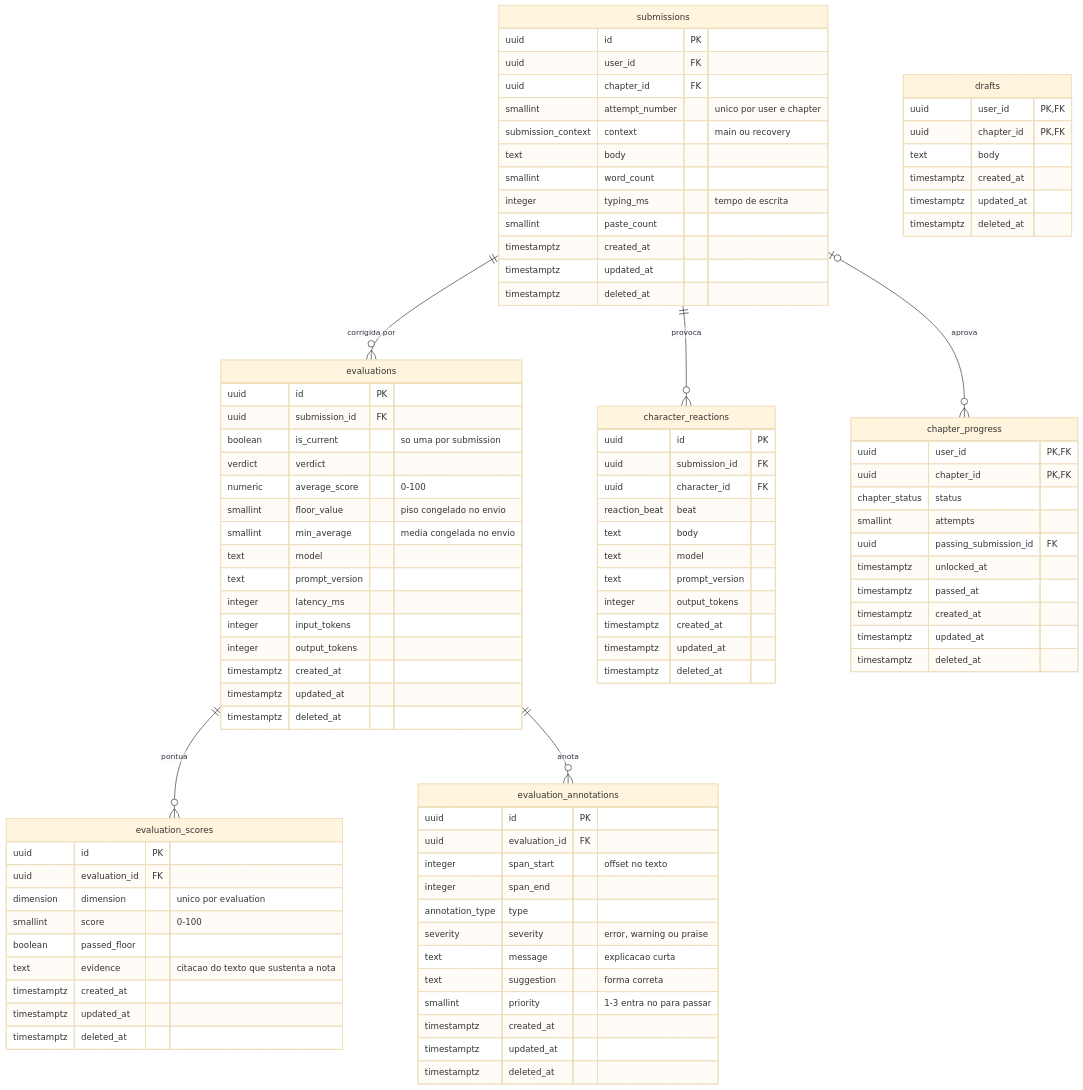
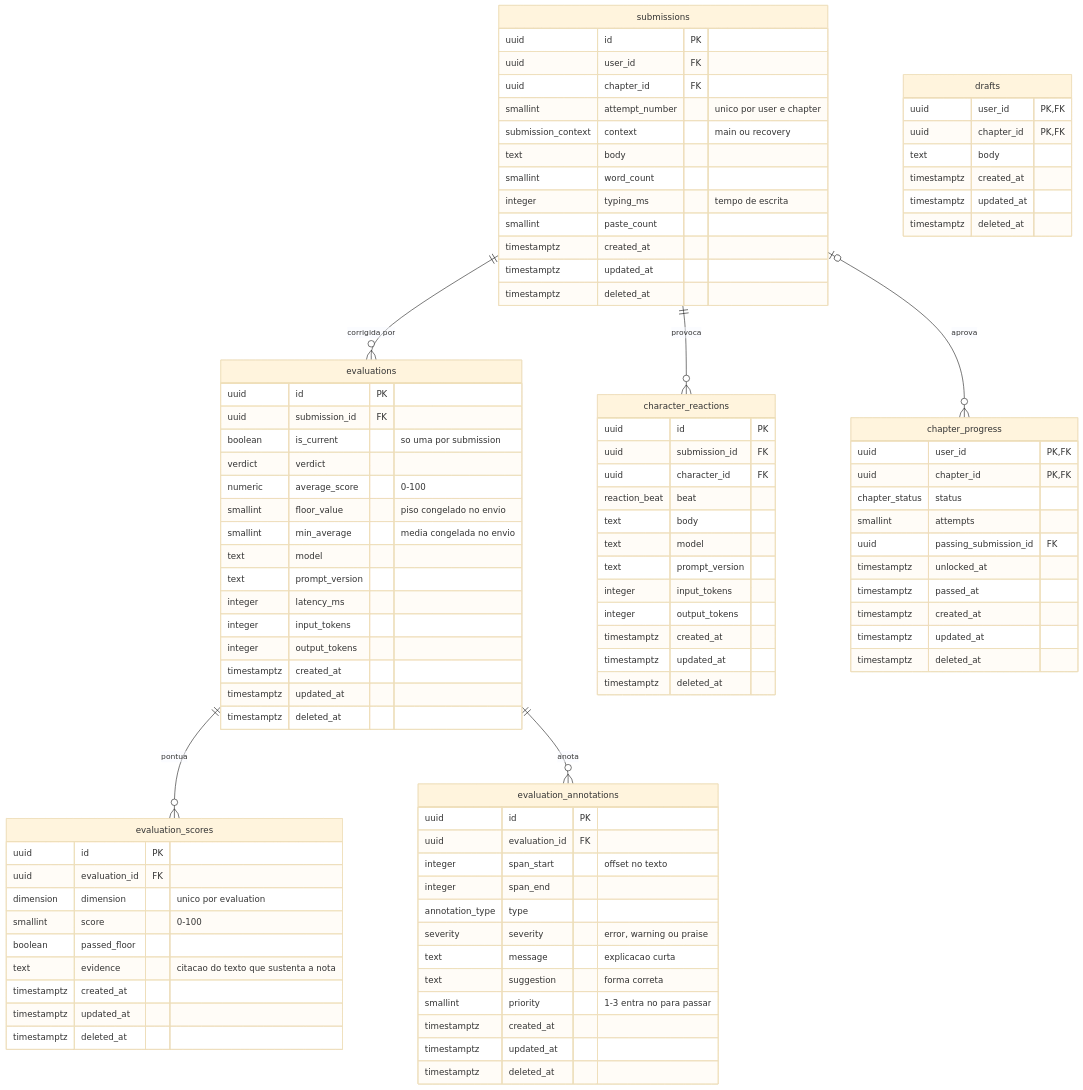
The fourth of 5 diagrams in docs/DER.md (kaualimadesouza/argumenta-api), drawn with Mermaid (base theme) before and after one commit. The commit also changed other lines of this file and 12 other files, not shown here.

```diff
--- a/docs/DER.md
+++ b/docs/DER.md
@@ -295,6 +295,7 @@
     text body
     text model
     text prompt_version
+    integer input_tokens
     integer output_tokens
     timestamptz created_at
     timestamptz updated_at
```
